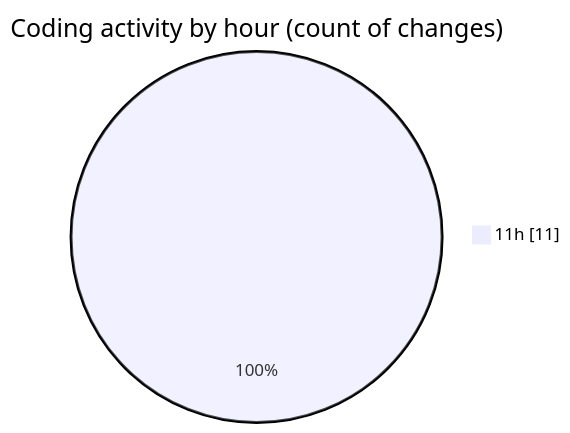
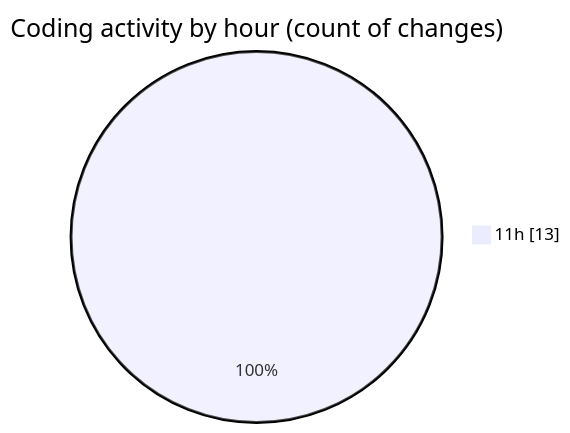
One commit to vahidmafi/code-tracking changed the second of 2 diagrams in 2025-07-21/shop/README.md. Above: the diagram before and after it, drawn with Mermaid. The commit also changed other lines of this file and 1 other file, not shown here.

````diff
--- a/2025-07-21/shop/README.md
+++ b/2025-07-21/shop/README.md
@@ -29,5 +29,5 @@
 ```mermaid
 pie showData
 title Coding activity by hour (count of changes)
-"11h" : 11
+"11h" : 13
 ```
````
